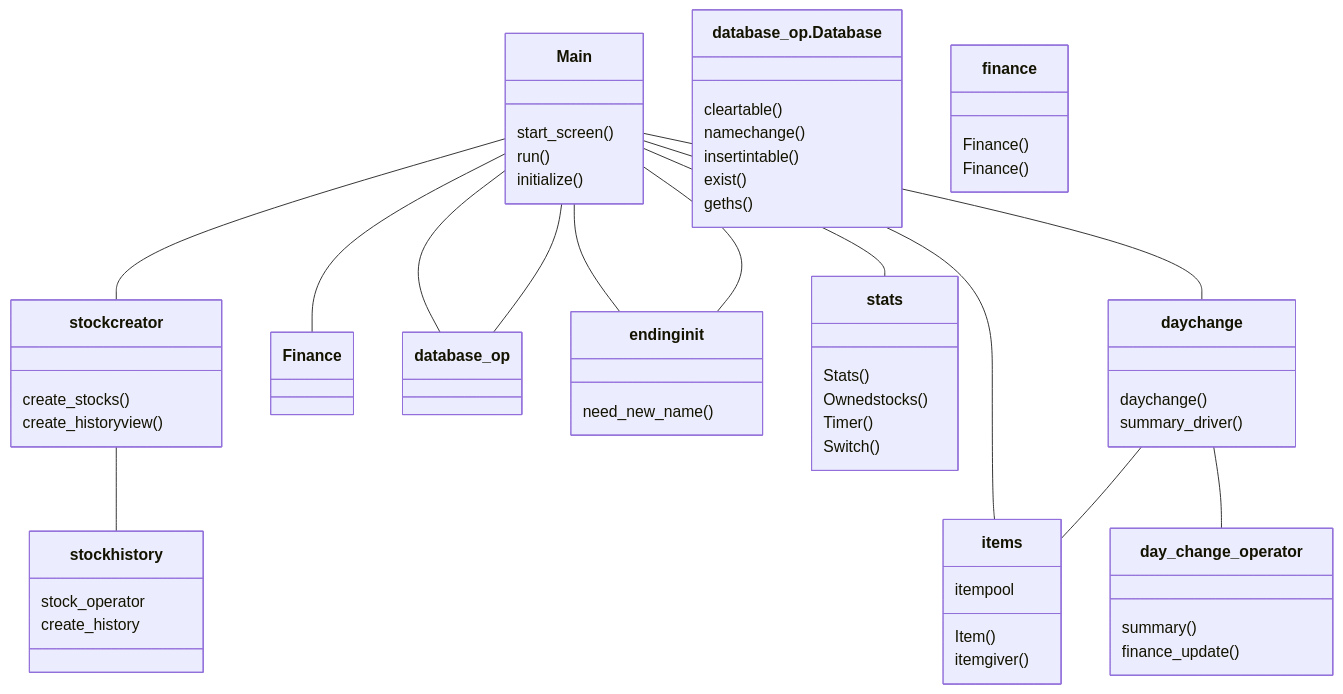
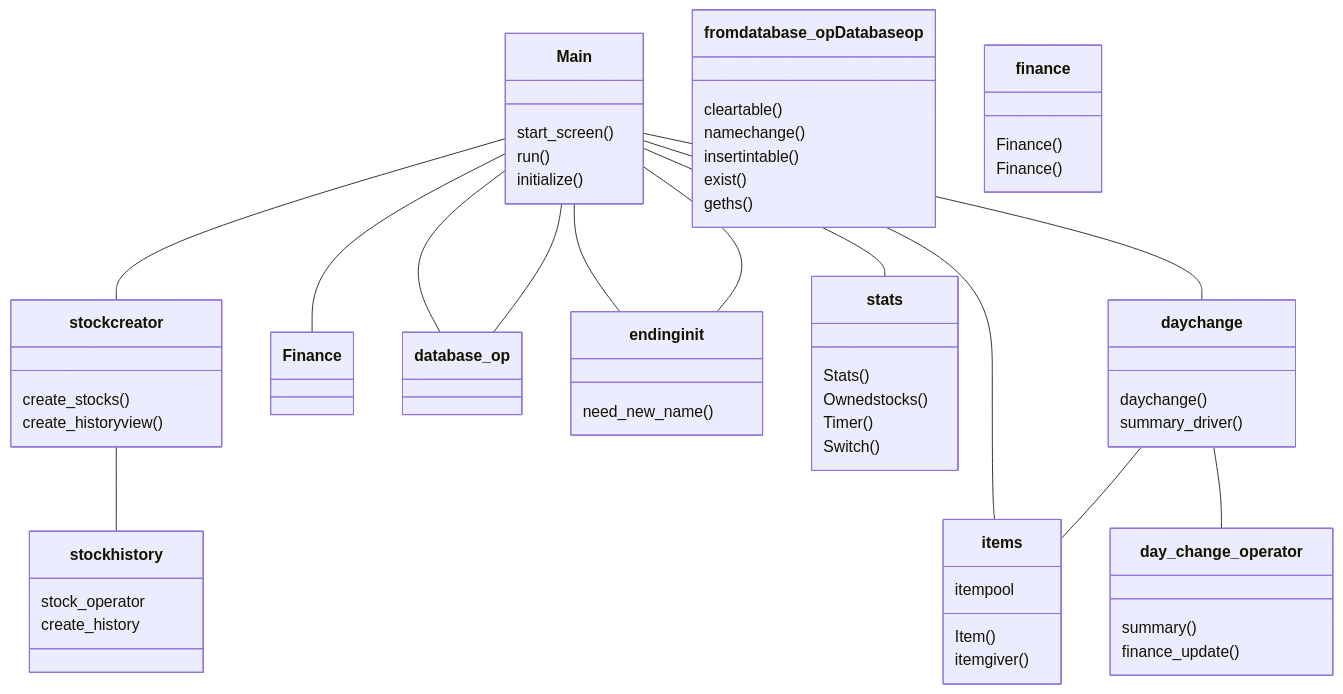
One commit to sepaww/ot-harjoitustyo changed the second of 6 diagrams in dokumentaatio/arkkitehtuuri.md. Above: the diagram before and after it, drawn with Mermaid.

````diff
--- a/dokumentaatio/arkkitehtuuri.md
+++ b/dokumentaatio/arkkitehtuuri.md
@@ -96,71 +96,71 @@
  ```mermaid
  classDiagram
       Main -- stockcreator
        Main -- Finance
         Main -- items
          Main -- database_op
          Main -- endinginit
          Main -- stats
          Main -- daychange
          Main -- endinginit
          Main -- database_op
          daychange -- day_change_operator
          daychange -- items
       class Main{
           start_screen()
           run()
           initialize()
       }
       class items{
           Item()
           itempool
           itemgiver()
       }
       stockcreator -- stockhistory
       class stockcreator{
           create_stocks()
           create_historyview()
           
       }
       
       class stockhistory{
           stock_operator
           create_history
           
       }
       
-      class database_op.Database{
+      class from database_op Databaseop{
           cleartable()
           namechange()
           insertintable()
           exist()
           geths()
           
       }
       
       class finance{
           Finance()
       }
       class stats{
       Stats()
       Ownedstocks()
       Timer()
       Switch()
           
       }
       class finance{
       Finance()
       }
       class daychange{
       daychange()
       summary_driver()
       }
       class day_change_operator{
       summary()
       finance_update()
       }
       class endinginit{
       need_new_name()
       }
       
 ```
````
